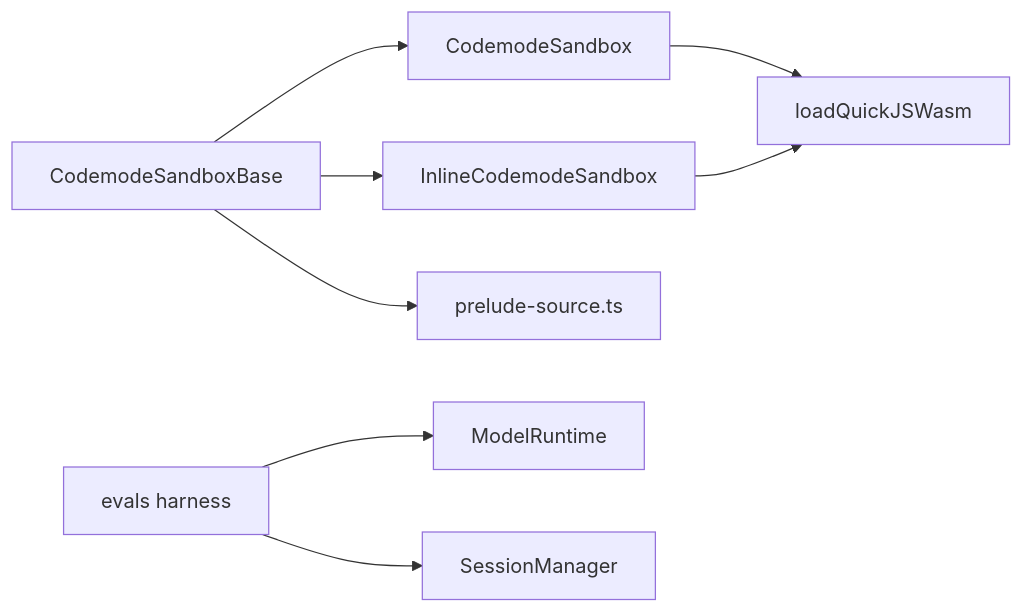
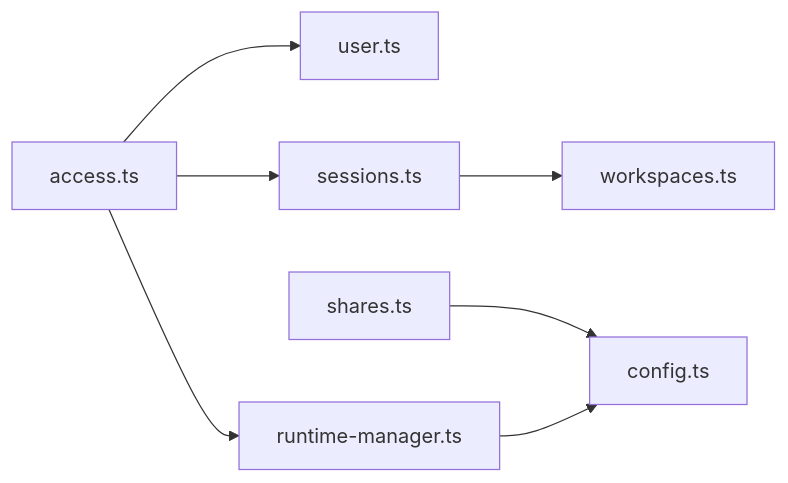
One commit to FDE-GROUP/oh-my-coding-agent changed the sixth of 6 diagrams in .qoder/repowiki/zh/content/部署与运维/安全加固.md. Above: the diagram before and after it, drawn with Mermaid. The commit also changed other lines of this file and 410 other files, not shown here.

````diff
--- a/.qoder/repowiki/zh/content/部署与运维/安全加固.md
+++ b/.qoder/repowiki/zh/content/部署与运维/安全加固.md
@@ -361,10 +241,9 @@
 ```mermaid
 graph LR
-BASE["CodemodeSandboxBase"] --> WORKER["CodemodeSandbox"]
-BASE --> INLINE["InlineCodemodeSandbox"]
-WORKER --> WASM["loadQuickJSWasm"]
-INLINE --> WASM
-BASE --> PRELUDE["prelude-source.ts"]
-EVAL["evals harness"] --> MODEL["ModelRuntime"]
-EVAL --> SESSION["SessionManager"]
+access["access.ts"] --> user["user.ts"]
+access --> sessions["sessions.ts"]
+access --> runtime["runtime-manager.ts"]
+sessions --> workspaces["workspaces.ts"]
+shares["shares.ts"] --> config["config.ts"]
+runtime --> config
 ```
````
